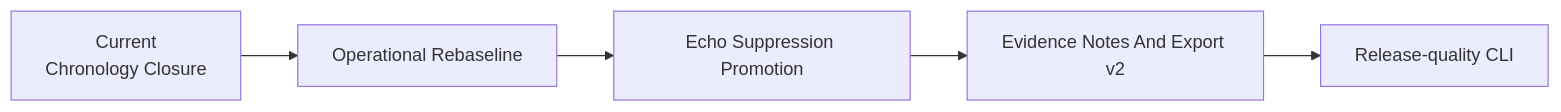
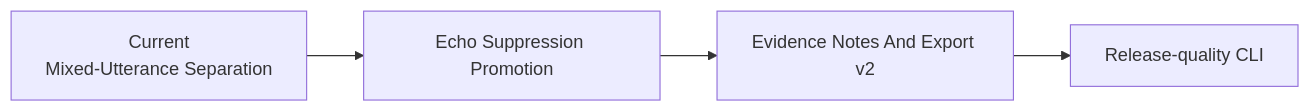
The second of 4 diagrams in docs/roadmap/murmurmark-cli-roadmap.md (asukhodko/murmurmark), drawn with Mermaid before and after one commit. The commit also changed other lines of this file and 18 other files, not shown here.

````diff
--- a/docs/roadmap/murmurmark-cli-roadmap.md
+++ b/docs/roadmap/murmurmark-cli-roadmap.md
@@ -60,10 +63,9 @@
 ```mermaid
 flowchart LR
-    A["Current<br/>Chronology Closure"]
-    B["Operational Rebaseline"]
-    C["Echo Suppression Promotion"]
-    D["Evidence Notes And Export v2"]
-    E["Release-quality CLI"]
+    A["Current<br/>Mixed-Utterance Separation"]
+    B["Echo Suppression Promotion"]
+    C["Evidence Notes And Export v2"]
+    D["Release-quality CLI"]
 
-    A --> B --> C --> D --> E
+    A --> B --> C --> D
 ```
````
